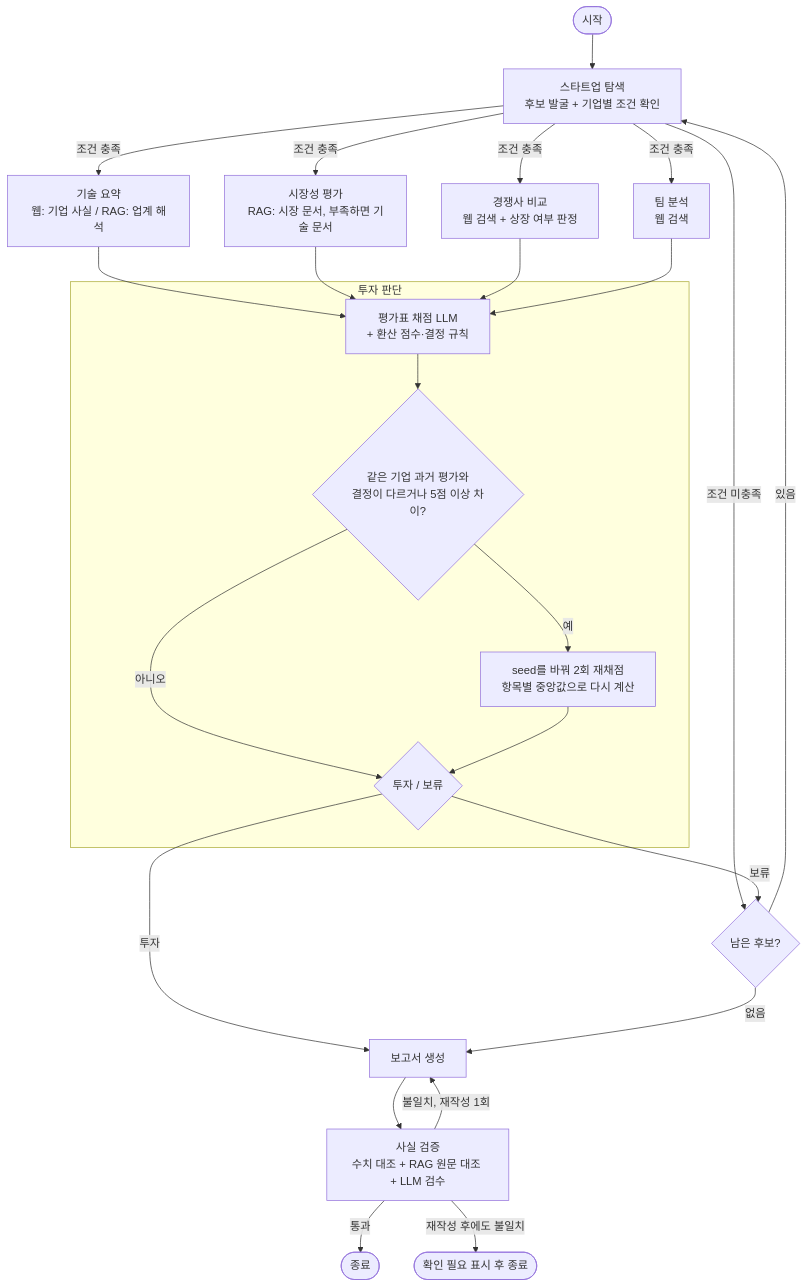
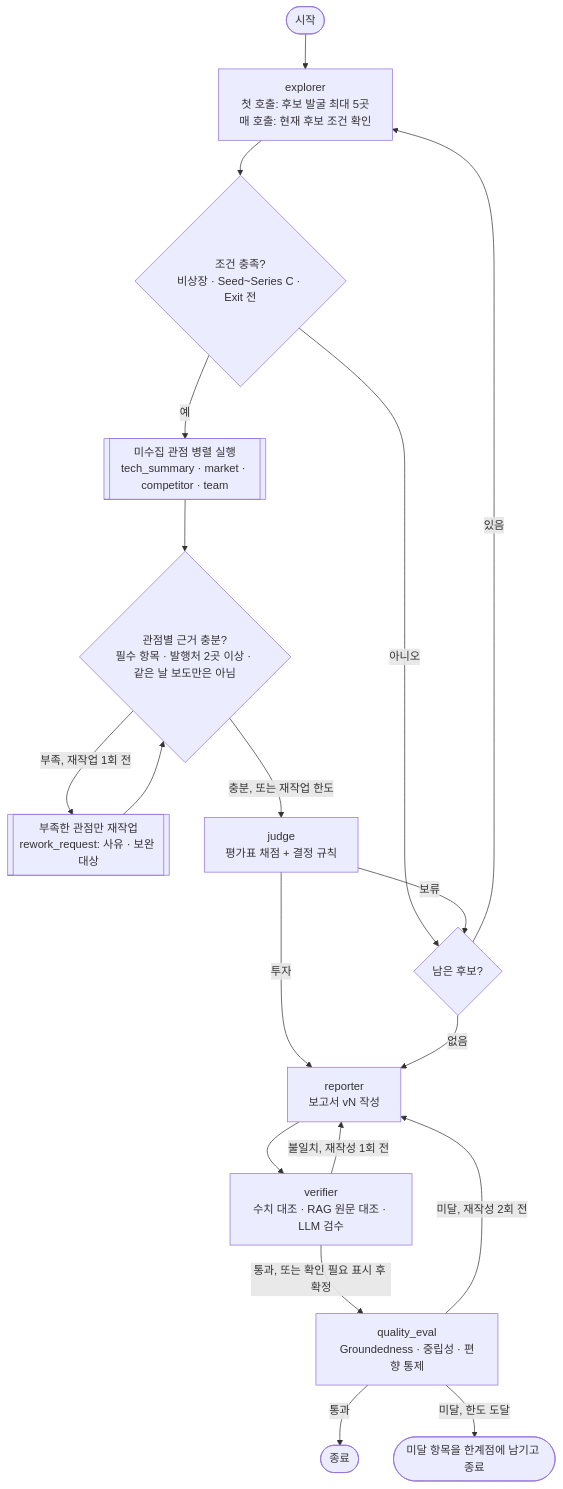
Before and after one commit to 97-99-02/multi-agent-orchestration: the first of 2 diagrams in README.md, drawn with Mermaid. The commit also changed other lines of this file and 2 other files, not shown here.

First line of the commit message:
docs(readme): Architecture 그래프를 Supervisor 구조 mermaid로 교체

````diff
--- a/README.md
+++ b/README.md
@@ -58,27 +58,21 @@
 ```mermaid
 graph TD
-    START([시작]) --> A[스타트업 탐색<br/>후보 발굴 + 기업별 조건 확인]
-    A -->|조건 미충족| NEXT{남은 후보?}
-    A -->|조건 충족| B[기술 요약<br/>웹: 기업 사실 / RAG: 업계 해석]
-    A -->|조건 충족| C[시장성 평가<br/>RAG: 시장 문서, 부족하면 기술 문서]
-    A -->|조건 충족| D[경쟁사 비교<br/>웹 검색 + 상장 여부 판정]
-    A -->|조건 충족| E[팀 분석<br/>웹 검색]
-    B --> F
-    C --> F
-    D --> F
-    E --> F
-    subgraph J[투자 판단]
-        F[평가표 채점 LLM<br/>+ 환산 점수·결정 규칙] --> F2{같은 기업 과거 평가와<br/>결정이 다르거나 5점 이상 차이?}
-        F2 -->|예| F3[seed를 바꿔 2회 재채점<br/>항목별 중앙값으로 다시 계산]
-        F2 -->|아니오| DEC{투자 / 보류}
-        F3 --> DEC
-    end
-    DEC -->|투자| G[보고서 생성]
-    DEC -->|보류| NEXT
-    NEXT -->|있음| A
-    NEXT -->|없음| G
-    G --> H[사실 검증<br/>수치 대조 + RAG 원문 대조 + LLM 검수]
-    H -->|통과| END([종료])
-    H -->|불일치, 재작성 1회| G
-    H -->|재작성 후에도 불일치| END2([확인 필요 표시 후 종료])
+    START([시작]) --> EX[explorer<br/>첫 호출: 후보 발굴 최대 5곳<br/>매 호출: 현재 후보 조건 확인]
+    EX --> C1{조건 충족?<br/>비상장 · Seed~Series C · Exit 전}
+    C1 -->|아니오| NEXT{남은 후보?}
+    C1 -->|예| PAR[[미수집 관점 병렬 실행<br/>tech_summary · market · competitor · team]]
+    PAR --> EV{관점별 근거 충분?<br/>필수 항목 · 발행처 2곳 이상 · 같은 날 보도만은 아님}
+    EV -->|부족, 재작업 1회 전| RW[[부족한 관점만 재작업<br/>rework_request: 사유 · 보완 대상]]
+    RW --> EV
+    EV -->|충분, 또는 재작업 한도| JD[judge<br/>평가표 채점 + 결정 규칙]
+    JD -->|보류| NEXT
+    NEXT -->|있음| EX
+    JD -->|투자| RP[reporter<br/>보고서 vN 작성]
+    NEXT -->|없음| RP
+    RP --> VF[verifier<br/>수치 대조 · RAG 원문 대조 · LLM 검수]
+    VF -->|불일치, 재작성 1회 전| RP
+    VF -->|통과, 또는 확인 필요 표시 후 확정| QE[quality_eval<br/>Groundedness · 중립성 · 편향 통제]
+    QE -->|미달, 재작성 2회 전| RP
+    QE -->|통과| END([종료])
+    QE -->|미달, 한도 도달| END2([미달 항목을 한계점에 남기고 종료])
 ```
````
